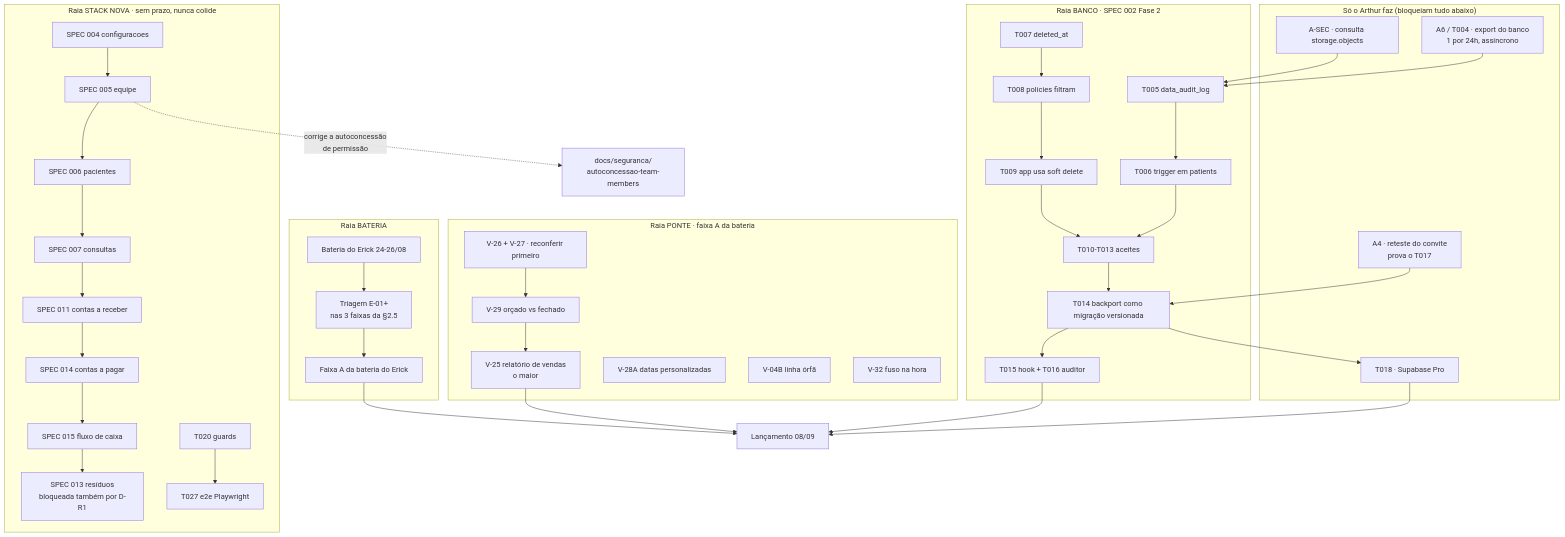
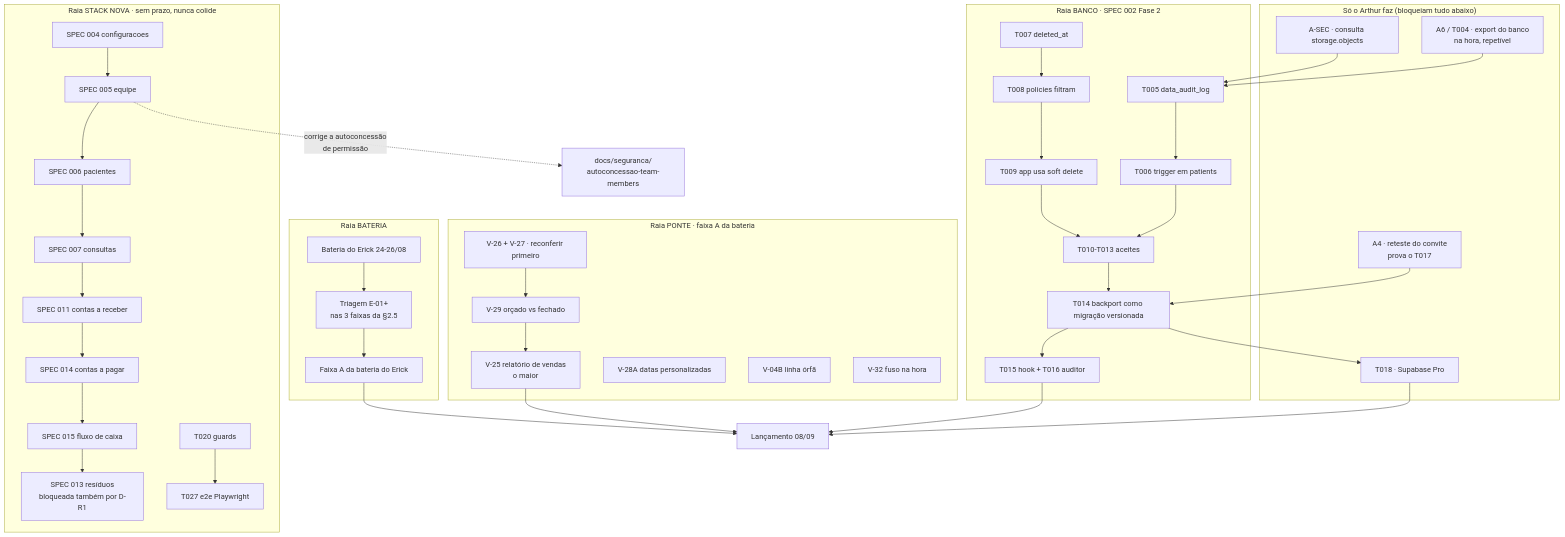
The diagram in docs/orquestracao/mapa-de-execucao.md (nexclin/nexclin-sdd), drawn with Mermaid before and after one commit. The commit also changed other lines of this file and 34 other files, not shown here.

````diff
--- a/docs/orquestracao/mapa-de-execucao.md
+++ b/docs/orquestracao/mapa-de-execucao.md
@@ -46,54 +46,54 @@
 ```mermaid
 flowchart TD
     subgraph HUM["Só o Arthur faz (bloqueiam tudo abaixo)"]
         ASEC["A-SEC · consulta storage.objects"]
-        A6["A6 / T004 · export do banco<br/>1 por 24h, assíncrono"]
+        A6["A6 / T004 · export do banco<br/>na hora, repetível"]
         A4["A4 · reteste do convite<br/>prova o T017"]
         A20["T018 · Supabase Pro"]
     end
 
     subgraph BANCO["Raia BANCO · SPEC 002 Fase 2"]
         T005["T005 data_audit_log"] --> T006["T006 trigger em patients"]
         T007["T007 deleted_at"] --> T008["T008 policies filtram"]
         T006 --> T010["T010-T013 aceites"]
         T008 --> T009["T009 app usa soft delete"]
         T009 --> T010
         T010 --> T014["T014 backport como migração versionada"]
         T014 --> T015["T015 hook + T016 auditor"]
     end
 
     subgraph PONTE["Raia PONTE · faixa A da bateria"]
         V26["V-26 + V-27 · reconferir primeiro"]
         V29["V-29 orçado vs fechado"] --> V25["V-25 relatório de vendas<br/>o maior"]
         V28["V-28A datas personalizadas"]
         V04["V-04B linha órfã"]
         V32["V-32 fuso na hora"]
     end
 
     subgraph ERICK["Raia BATERIA"]
         E1["Bateria do Erick 24-26/08"] --> E2["Triagem E-01+<br/>nas 3 faixas da §2.5"]
         E2 --> E3["Faixa A da bateria do Erick"]
     end
 
     subgraph NOVA["Raia STACK NOVA · sem prazo, nunca colide"]
         S004["SPEC 004 configuracoes"] --> S005["SPEC 005 equipe"]
         S005 --> S006["SPEC 006 pacientes"]
         S006 --> S007["SPEC 007 consultas"]
         S007 --> S011["SPEC 011 contas a receber"]
         S011 --> S014["SPEC 014 contas a pagar"]
         S014 --> S015["SPEC 015 fluxo de caixa"]
         S015 --> S013["SPEC 013 resíduos<br/>bloqueada também por D-R1"]
         T020["T020 guards"] --> T027["T027 e2e Playwright"]
     end
 
     ASEC --> T005
     A6 --> T005
     A4 --> T014
     T014 --> A20
     V26 --> V29
     E3 --> LANC["Lançamento 08/09"]
     T015 --> LANC
     V25 --> LANC
     A20 --> LANC
     S005 -.->|"corrige a autoconcessão<br/>de permissão"| SEC["docs/seguranca/<br/>autoconcessao-team-members"]
 ```
````
